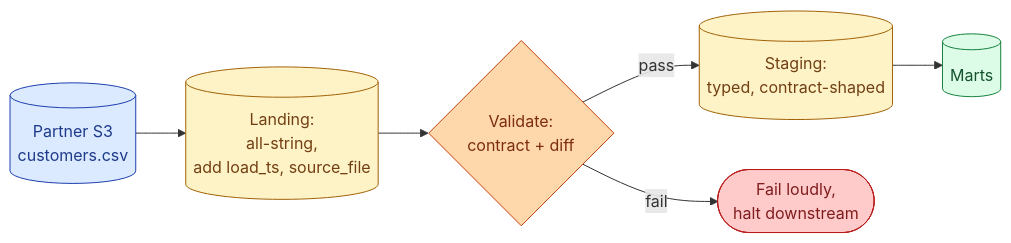
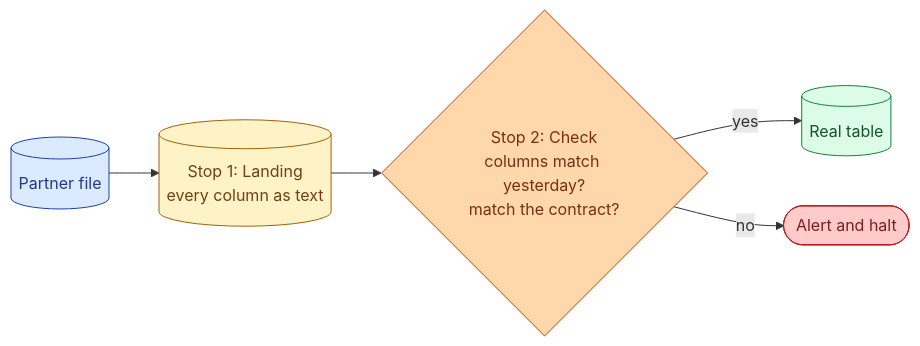
One commit to shiningflash/data-engineering-practice-problems changed the third of 3 diagrams in problems/091-partner-csv-schema-drift-monday-morning/solution.md. Above: the diagram before and after it, drawn with Mermaid. The commit also changed other lines of this file and 3 other files, not shown here.

````diff
--- a/problems/091-partner-csv-schema-drift-monday-morning/solution.md
+++ b/problems/091-partner-csv-schema-drift-monday-morning/solution.md
@@ -28,17 +64,13 @@
 ```mermaid
 flowchart LR
-    S[("Partner S3<br/>customers.csv")]:::src
-    L[("Landing:<br/>all-string,<br/>add load_ts, source_file")]:::stg
-    V{Validate:<br/>contract + diff}:::tx
-    ST[("Staging:<br/>typed, contract-shaped")]:::stg
-    M[("Marts")]:::wh
-
-    S --> L --> V -->|"pass"| ST --> M
-    V -->|"fail"| BAD([Fail loudly,<br/>halt downstream]):::bad
+    P[("Partner file")]:::src --> L[("Stop 1: Landing<br/>every column as text")]:::stg
+    L --> V{Stop 2: Check<br/>columns match yesterday?<br/>match the contract?}:::tx
+    V -->|"yes"| R[("Real table")]:::wh
+    V -->|"no"| X([Alert and halt]):::bad
 
     classDef src fill:#dbeafe,stroke:#1e40af,color:#1e3a8a
     classDef stg fill:#fef3c7,stroke:#a16207,color:#713f12
     classDef tx fill:#fed7aa,stroke:#c2410c,color:#7c2d12
     classDef wh fill:#dcfce7,stroke:#15803d,color:#14532d
     classDef bad fill:#fecaca,stroke:#b91c1c,color:#7f1d1d
 ```
````
